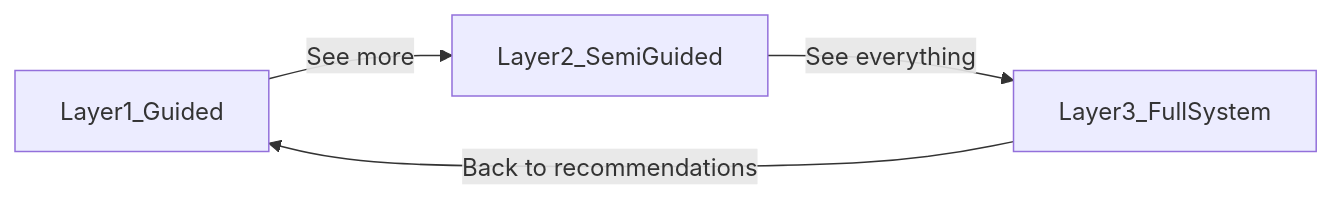
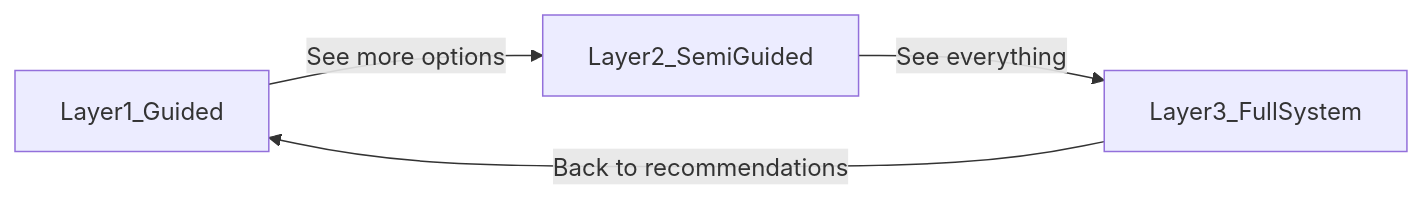
One commit to MastersoftheRealm/RealmsRPG-Test changed the second of 7 diagrams in src/docs/REALMS_PRODUCT_OVERVIEW.md. Above: the diagram before and after it, drawn with Mermaid. The commit also changed other lines of this file and 9 other files, not shown here.

First line of the commit message:
Align guided creator vision and user-facing copy with Layer 1 reality.

````diff
--- a/src/docs/REALMS_PRODUCT_OVERVIEW.md
+++ b/src/docs/REALMS_PRODUCT_OVERVIEW.md
@@ -127,6 +128,6 @@
 ```mermaid
 flowchart LR
-  L1[Layer1_Guided] -->|"See more"| L2[Layer2_SemiGuided]
+  L1[Layer1_Guided] -->|"See more options"| L2[Layer2_SemiGuided]
   L2 -->|"See everything"| L3[Layer3_FullSystem]
   L3 -->|"Back to recommendations"| L1
 ```
````
